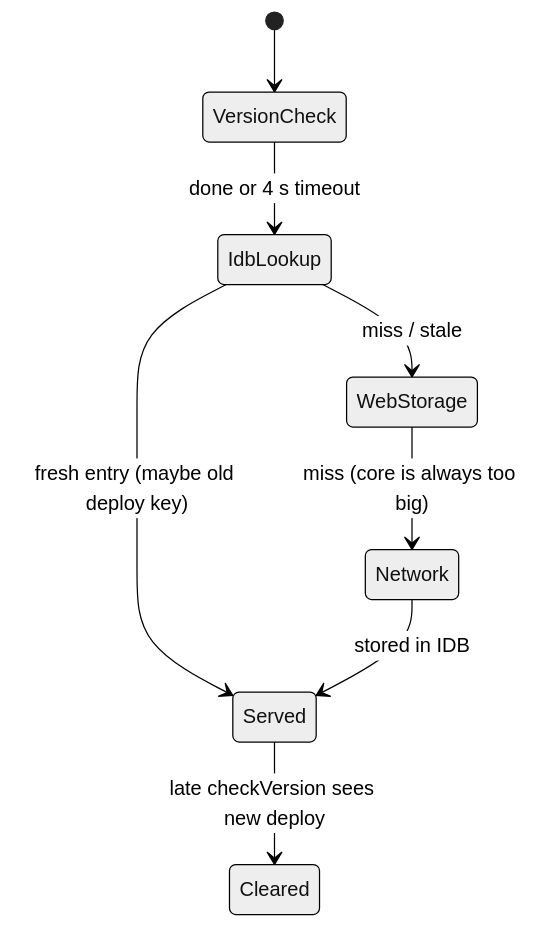
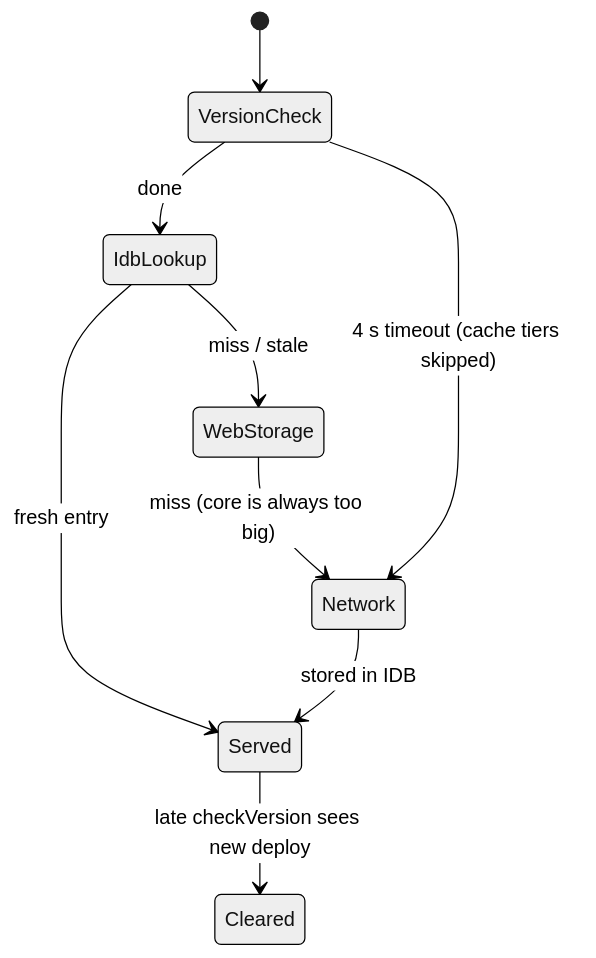
Before and after one commit to jamditis/rosen-frontend: the fourth of 14 diagrams in docs/research/2026-11-08-state-machine-map.md, drawn with Mermaid (neutral theme). The commit also changed other lines of this file and 2 other files, not shown here.

Commit message:
Skip cached core data when the deploy check times out
The IndexedDB key for archive-core is named by the deploy version that
checkVersion stores. When version.json lost the 4 s race, that stored value
was still the previous release's, so fetchCoreData served the previous
deploy's records for up to the cache TTL and then had the late check clear
the caches under the running page. After a timeout the key is unconfirmed,
so skip both cache tiers and fetch, and store the fresh payload under the key
as it stands once the fetch returns.

````diff
--- a/docs/research/2026-11-08-state-machine-map.md
+++ b/docs/research/2026-11-08-state-machine-map.md
@@ -109,10 +109,11 @@
 ```mermaid
 stateDiagram-v2
   [*] --> VersionCheck
-  VersionCheck --> IdbLookup: done or 4 s timeout
-  IdbLookup --> Served: fresh entry (maybe old deploy key)
+  VersionCheck --> IdbLookup: done
+  VersionCheck --> Network: 4 s timeout (cache tiers skipped)
+  IdbLookup --> Served: fresh entry
   IdbLookup --> WebStorage: miss / stale
   WebStorage --> Network: miss (core is always too big)
   Network --> Served: stored in IDB
   Served --> Cleared: late checkVersion sees new deploy
 ```
````
